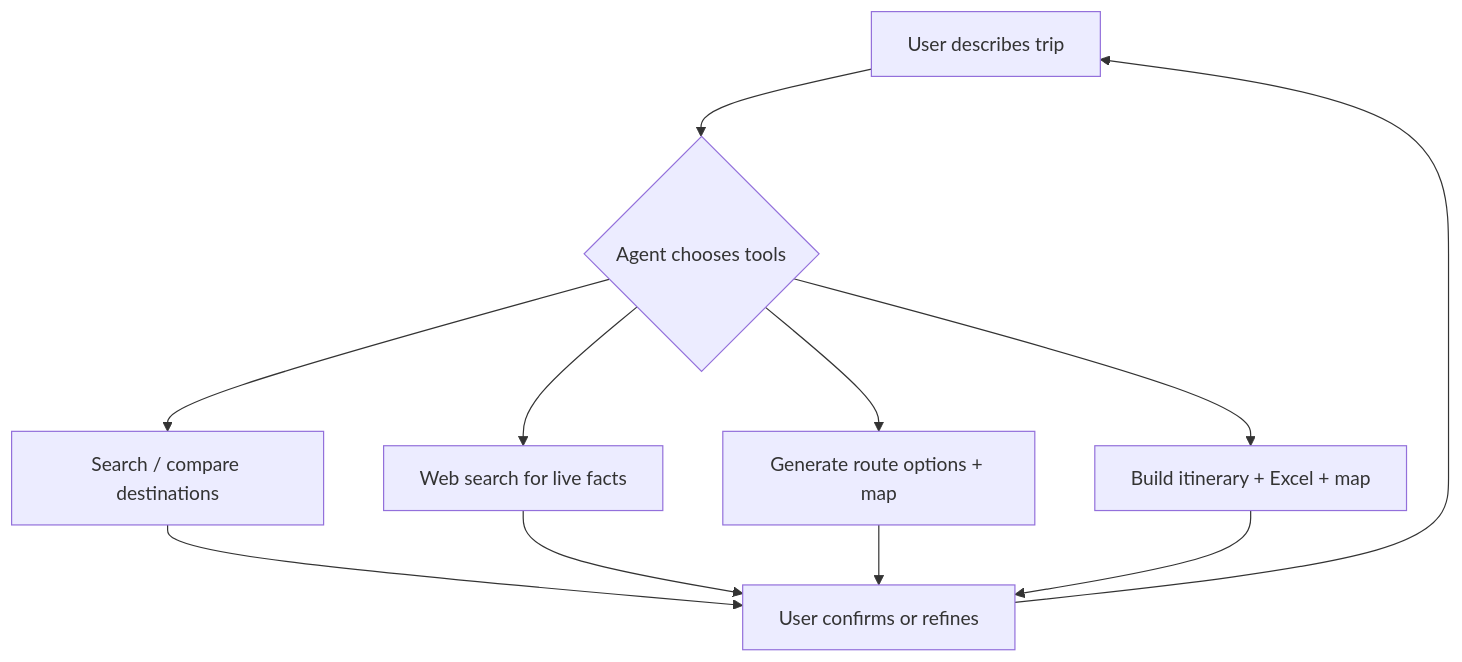
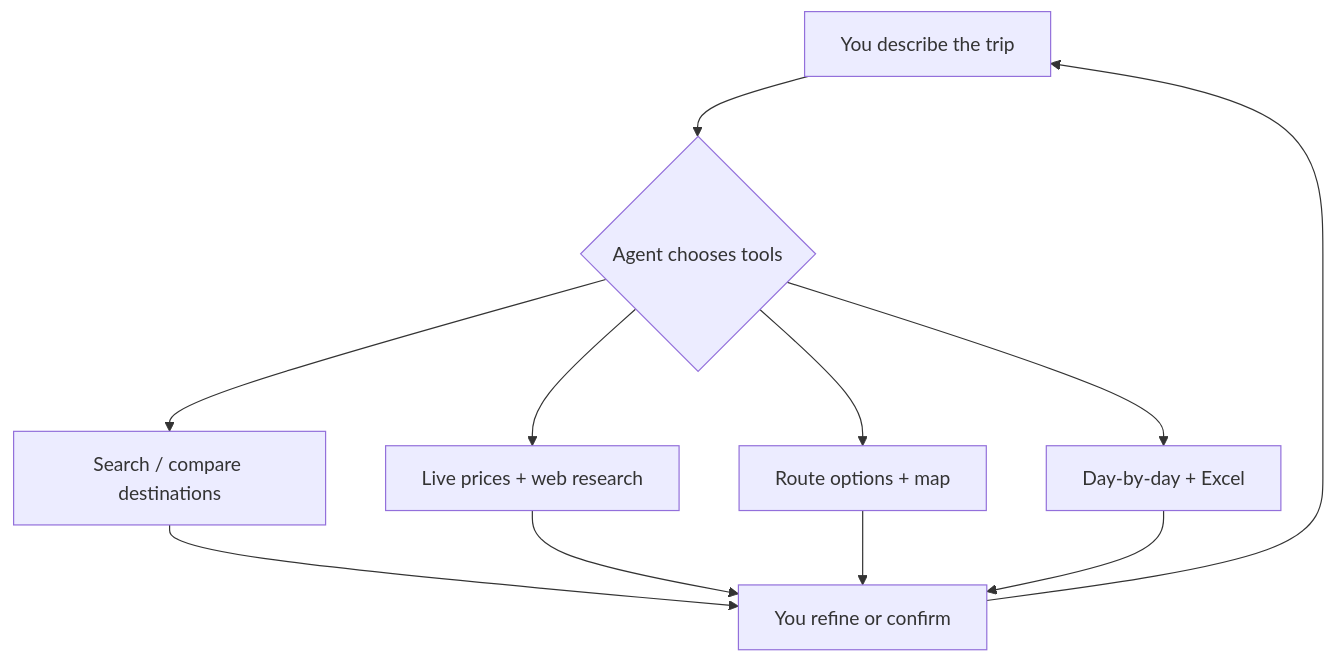
Before and after one commit to jordisc97/MakeYourTrip_Public: the diagram in README.md, drawn with Mermaid. The commit also changed other lines of this file, not shown here.

````diff
--- a/README.md
+++ b/README.md
@@ -134,13 +92,13 @@
 ```mermaid
 graph TD
-    A[User describes trip] --> B{Agent chooses tools}
+    A[You describe the trip] --> B{Agent chooses tools}
     B --> C[Search / compare destinations]
-    B --> D[Web search for live facts]
-    B --> E[Generate route options + map]
-    B --> F[Build itinerary + Excel + map]
-    C --> G[User confirms or refines]
+    B --> D[Live prices + web research]
+    B --> E[Route options + map]
+    B --> F[Day-by-day + Excel]
+    C --> G[You refine or confirm]
     D --> G
     E --> G
     F --> G
     G --> A
 ```
````
